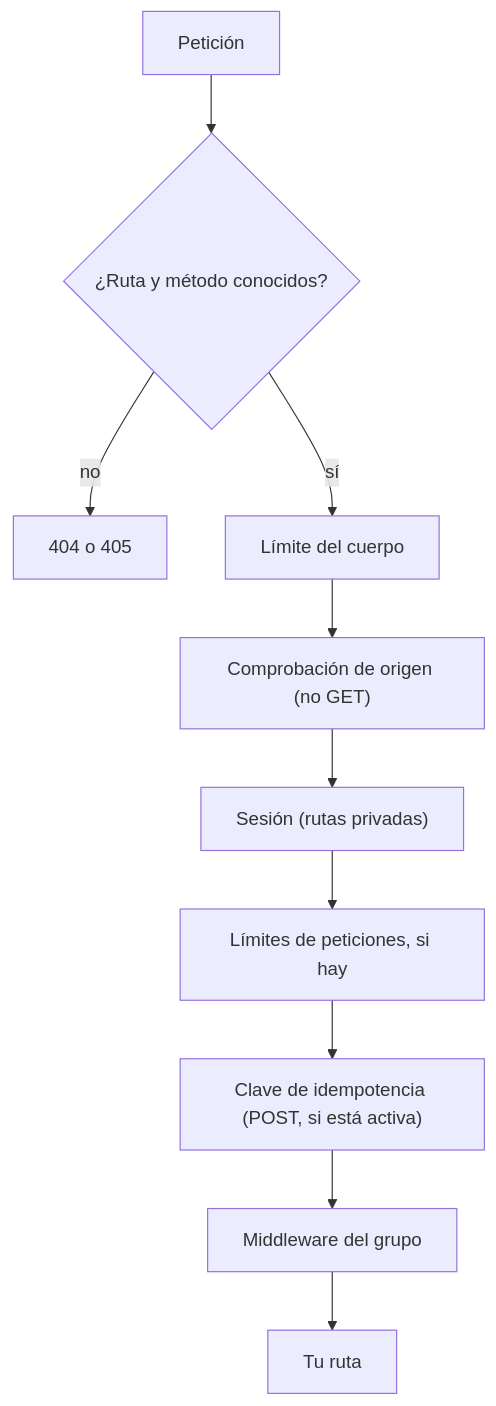
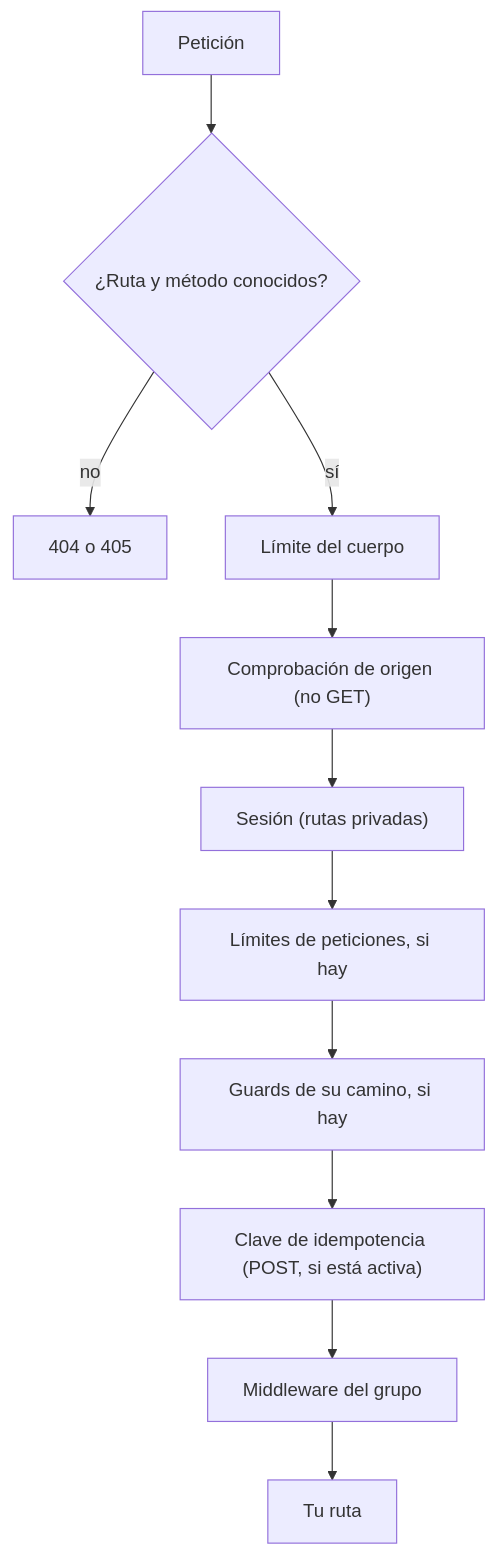
Before and after one commit to newt-js/newt: the diagram in web/src/content/docs/es/concepts/http.md, drawn with Mermaid. The commit also changed other lines of this file and 7 other files, not shown here.

````diff
--- a/web/src/content/docs/es/concepts/http.md
+++ b/web/src/content/docs/es/concepts/http.md
@@ -177,12 +212,13 @@
 ```mermaid
 flowchart TD
   R[Petición] --> F{¿Ruta y método conocidos?}
   F -->|no| N[404 o 405]
   F -->|sí| B[Límite del cuerpo]
   B --> O["Comprobación de origen (no GET)"]
   O --> S["Sesión (rutas privadas)"]
   S --> L["Límites de peticiones, si hay"]
-  L --> I["Clave de idempotencia (POST, si está activa)"]
+  L --> G["Guards de su camino, si hay"]
+  G --> I["Clave de idempotencia (POST, si está activa)"]
   I --> M[Middleware del grupo]
   M --> H[Tu ruta]
 ```
````
